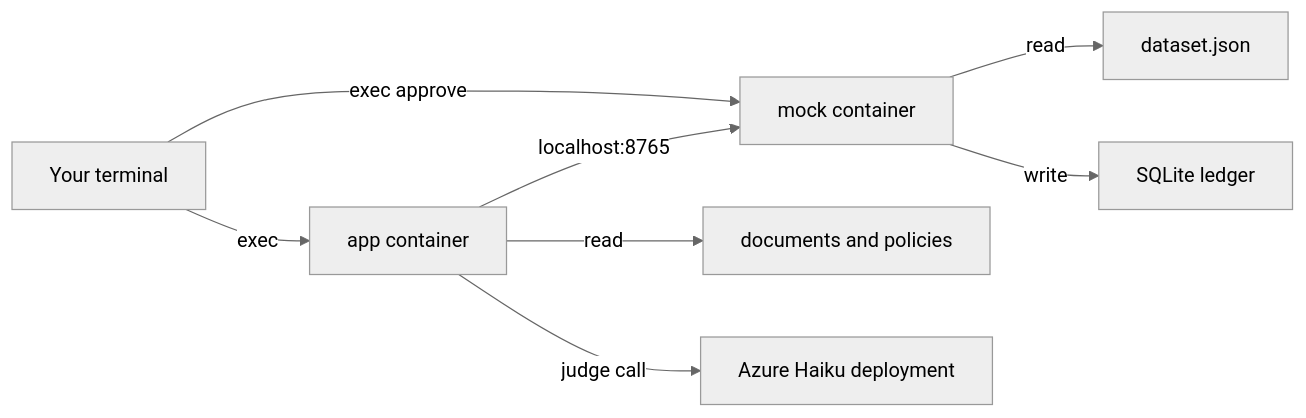
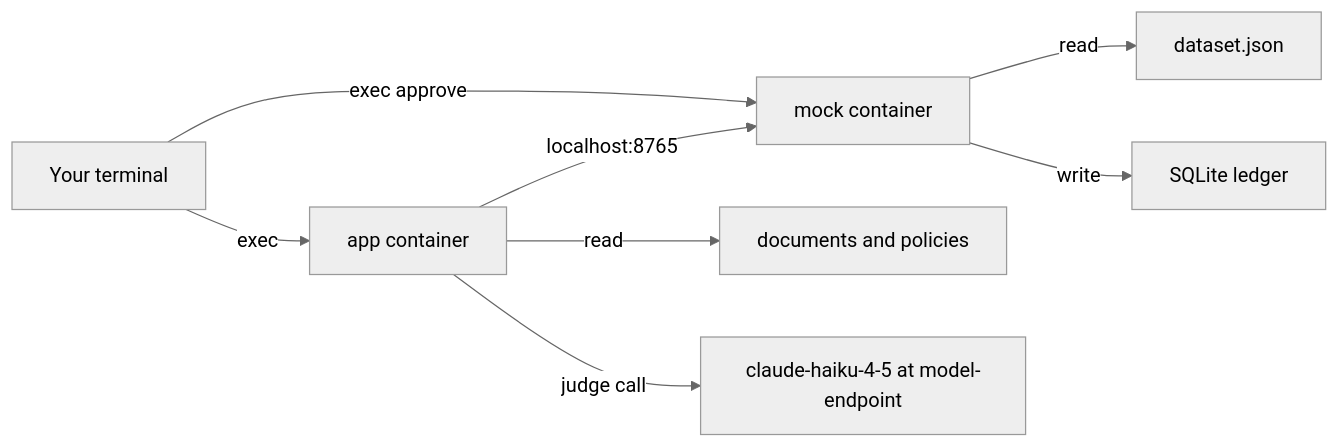
Before and after one commit to nachiketht/card-disputes-participant: the diagram in docs/AZURE_DEPLOY.md, drawn with Mermaid (neutral theme). The commit also changed other lines of this file and 3 other files, not shown here.

````diff
--- a/docs/AZURE_DEPLOY.md
+++ b/docs/AZURE_DEPLOY.md
@@ -39,10 +50,10 @@
 ```mermaid
 flowchart LR
   you[Your terminal] -->|exec| app[app container]
   you -->|exec approve| mock[mock container]
   app -->|localhost:8765| mock
   app -->|read| corpus[documents and policies]
   mock -->|read| fixture[dataset.json]
   mock -->|write| ledger[SQLite ledger]
-  app -->|judge call| haiku[Azure Haiku deployment]
+  app -->|judge call| judge["claude-haiku-4-5 at model-endpoint"]
 ```
````
